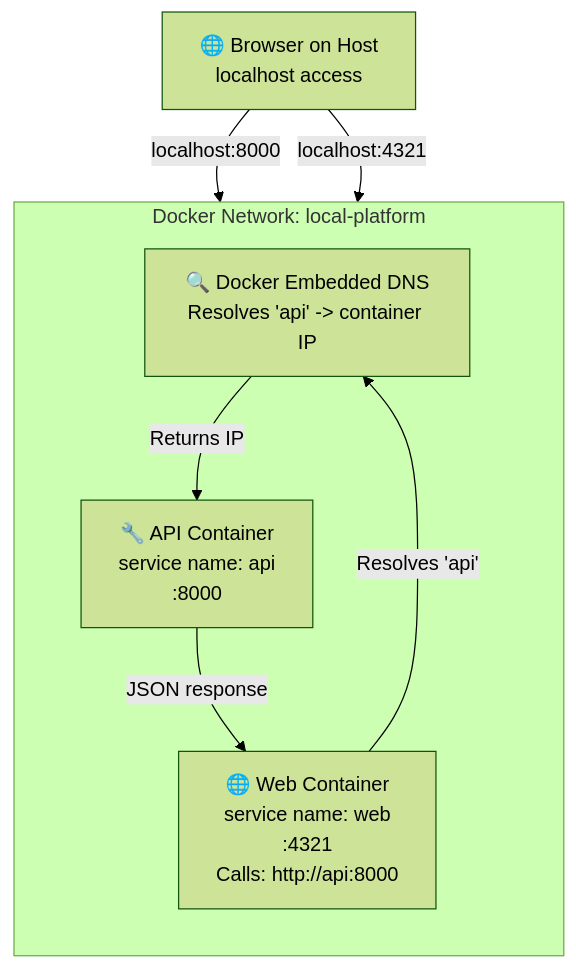
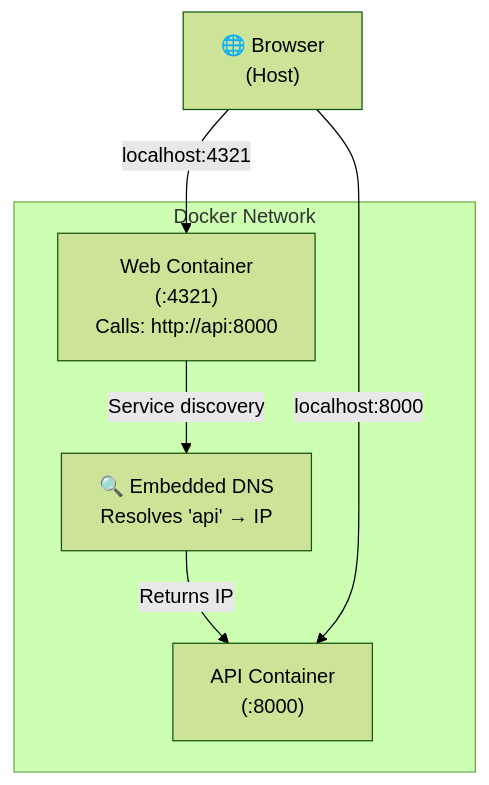
The diagram in docs/platform/local-development/layer-1-docker-images.md (HYP3R00T/gitops-deployment-platform), drawn with Mermaid (forest theme) before and after one commit. The commit also changed other lines of this file and 22 other files, not shown here.

````diff
--- a/docs/platform/local-development/layer-1-docker-images.md
+++ b/docs/platform/local-development/layer-1-docker-images.md
@@ -280,18 +100,14 @@
 ```mermaid
 graph TB
-    subgraph Network["Docker Network: local-platform"]
-        direction TB
-        DNS["🔍 Docker Embedded DNS<br/>Resolves 'api' -> container IP"]
-        API["🔧 API Container<br/>service name: api<br/>:8000"]
-        Web["🌐 Web Container<br/>service name: web<br/>:4321<br/>Calls: http://api:8000"]
+    subgraph Network["Docker Network"]
+        DNS["🔍 Embedded DNS<br/>Resolves 'api' → IP"]
+        API["API Container<br/>(:8000)"]
+        Web["Web Container<br/>(:4321)<br/>Calls: http://api:8000"]
     end
+    Browser["🌐 Browser<br/>(Host)"]
 
-    Browser["🌐 Browser on Host<br/>localhost access"]
-
-    Web -->|Resolves 'api'| DNS
+    Web -->|Service discovery| DNS
     DNS -->|Returns IP| API
-    API -->|JSON response| Web
-
     Browser -->|localhost:8000| API
     Browser -->|localhost:4321| Web
 ```
````
